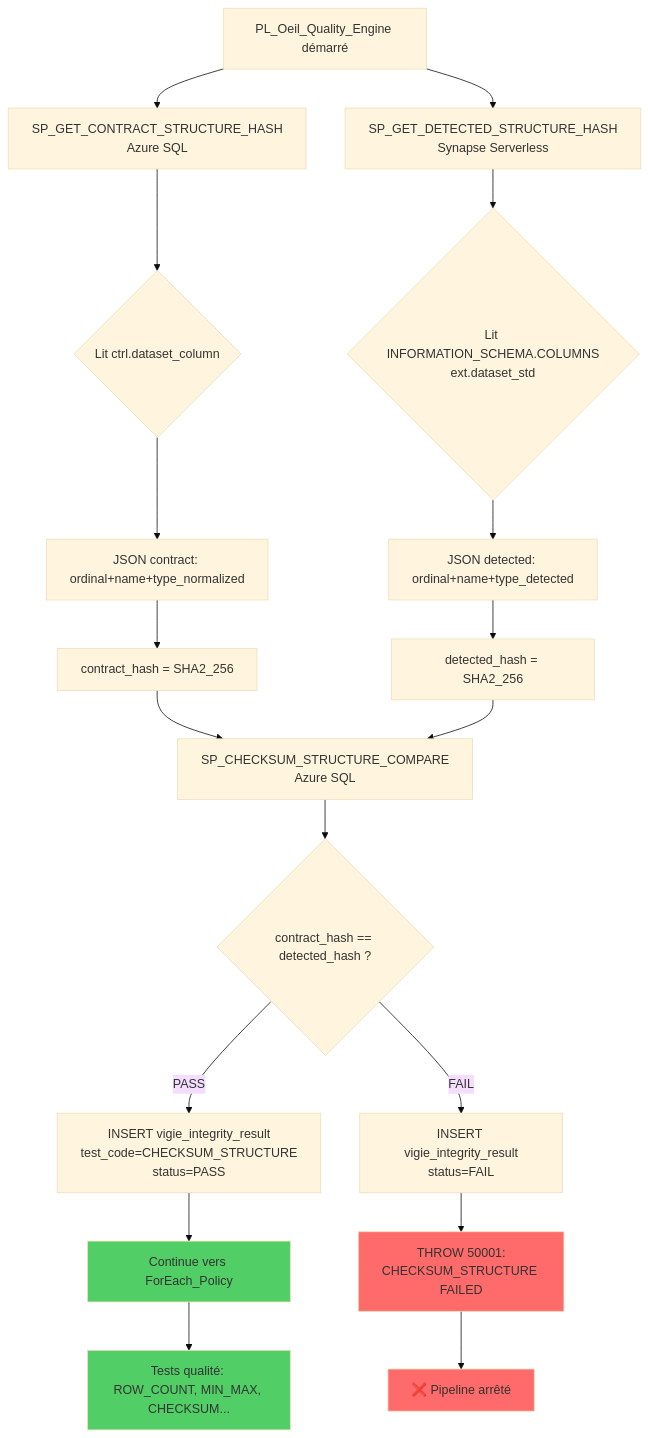
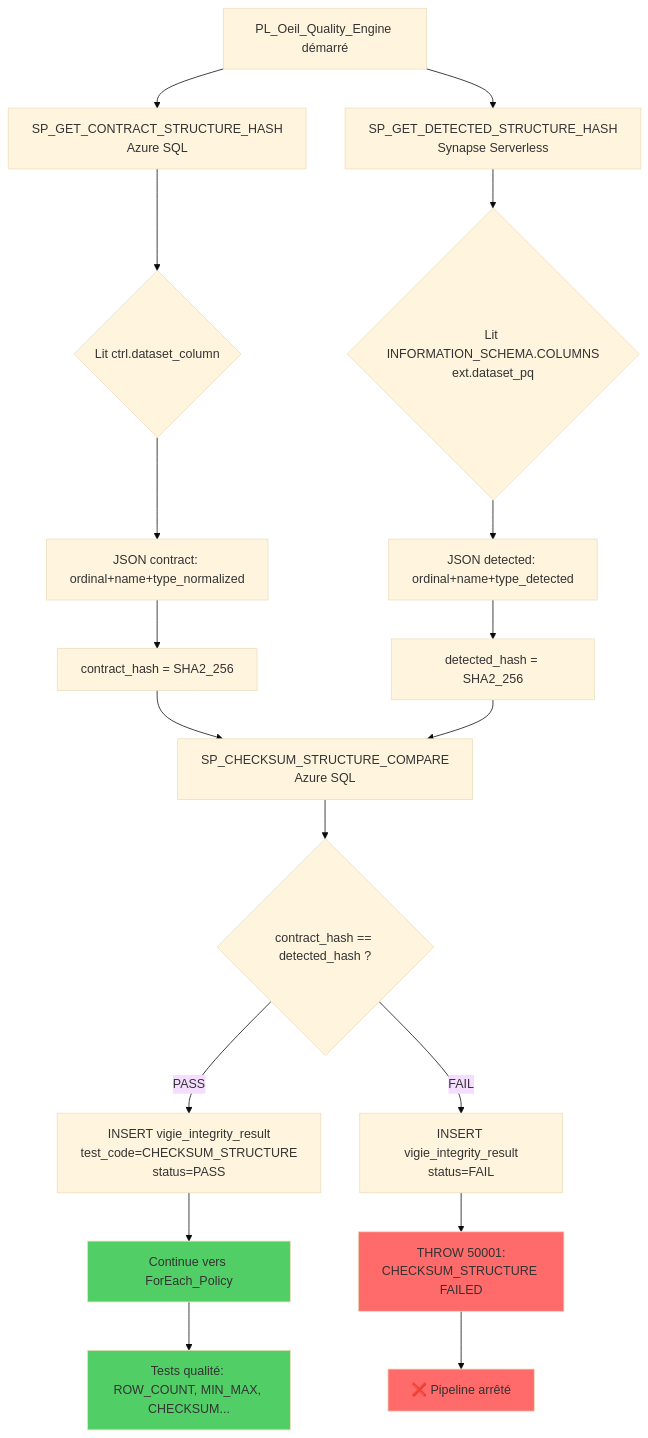
One commit to lawiz22/OeilTest changed the first of 6 diagrams in docs/technical_reference/stored_procedures.md. Above: the diagram before and after it, drawn with Mermaid (base theme). The commit also changed other lines of this file and 4 other files, not shown here.

````diff
--- a/docs/technical_reference/stored_procedures.md
+++ b/docs/technical_reference/stored_procedures.md
@@ -273,29 +273,29 @@
 ```mermaid
 flowchart TD
     A[PL_Oeil_Quality_Engine démarré] --> B[SP_GET_CONTRACT_STRUCTURE_HASH<br/>Azure SQL]
     B --> C{Lit ctrl.dataset_column}
     C --> D[JSON contract: ordinal+name+type_normalized]
     D --> E[contract_hash = SHA2_256]
     
     A --> F[SP_GET_DETECTED_STRUCTURE_HASH<br/>Synapse Serverless]
-    F --> G{Lit INFORMATION_SCHEMA.COLUMNS<br/>ext.dataset_std}
+	F --> G{Lit INFORMATION_SCHEMA.COLUMNS<br/>ext.dataset_pq}
     G --> H[JSON detected: ordinal+name+type_detected]
     H --> I[detected_hash = SHA2_256]
     
     E --> J[SP_CHECKSUM_STRUCTURE_COMPARE<br/>Azure SQL]
     I --> J
     
     J --> K{contract_hash == detected_hash ?}
     K -->|PASS| L[INSERT vigie_integrity_result<br/>test_code=CHECKSUM_STRUCTURE<br/>status=PASS]
     L --> M[Continue vers ForEach_Policy]
     M --> N[Tests qualité: ROW_COUNT, MIN_MAX, CHECKSUM...]
     
     K -->|FAIL| O[INSERT vigie_integrity_result<br/>status=FAIL]
     O --> P[THROW 50001:<br/>CHECKSUM_STRUCTURE FAILED]
     P --> Q[❌ Pipeline arrêté]
     
     style P fill:#ff6b6b
     style Q fill:#ff6b6b
     style M fill:#51cf66
     style N fill:#51cf66
 ```
````
